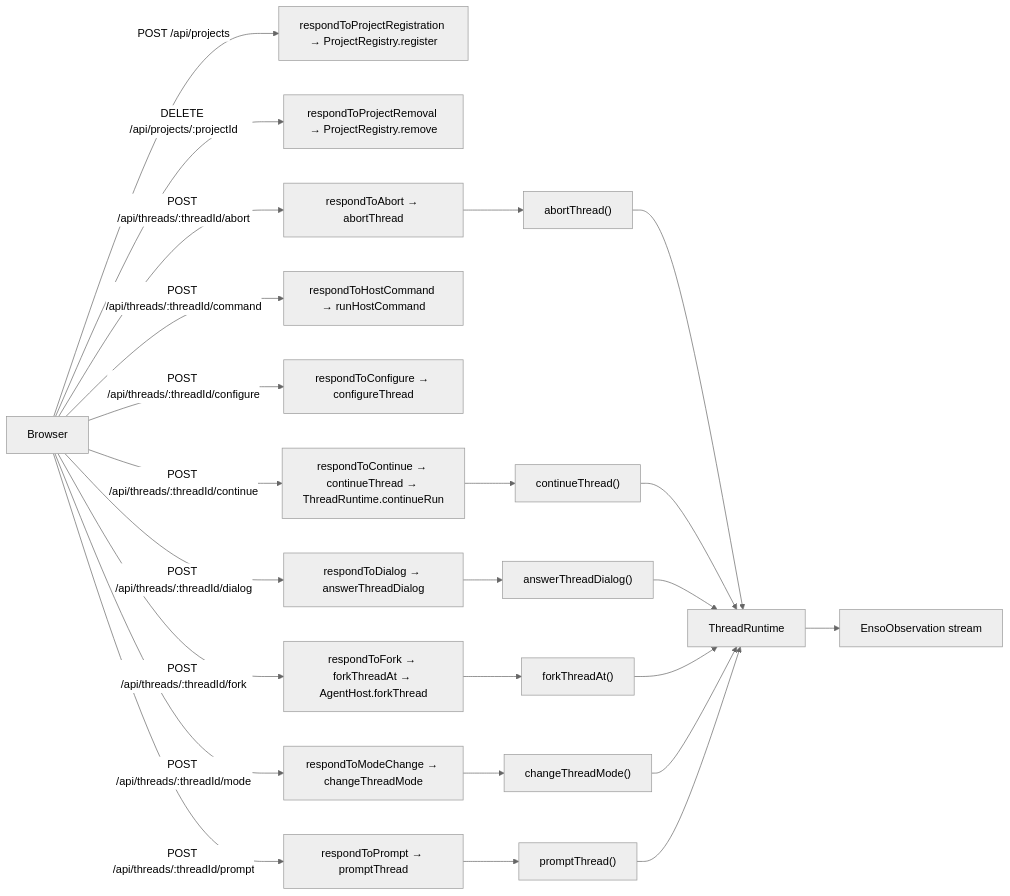
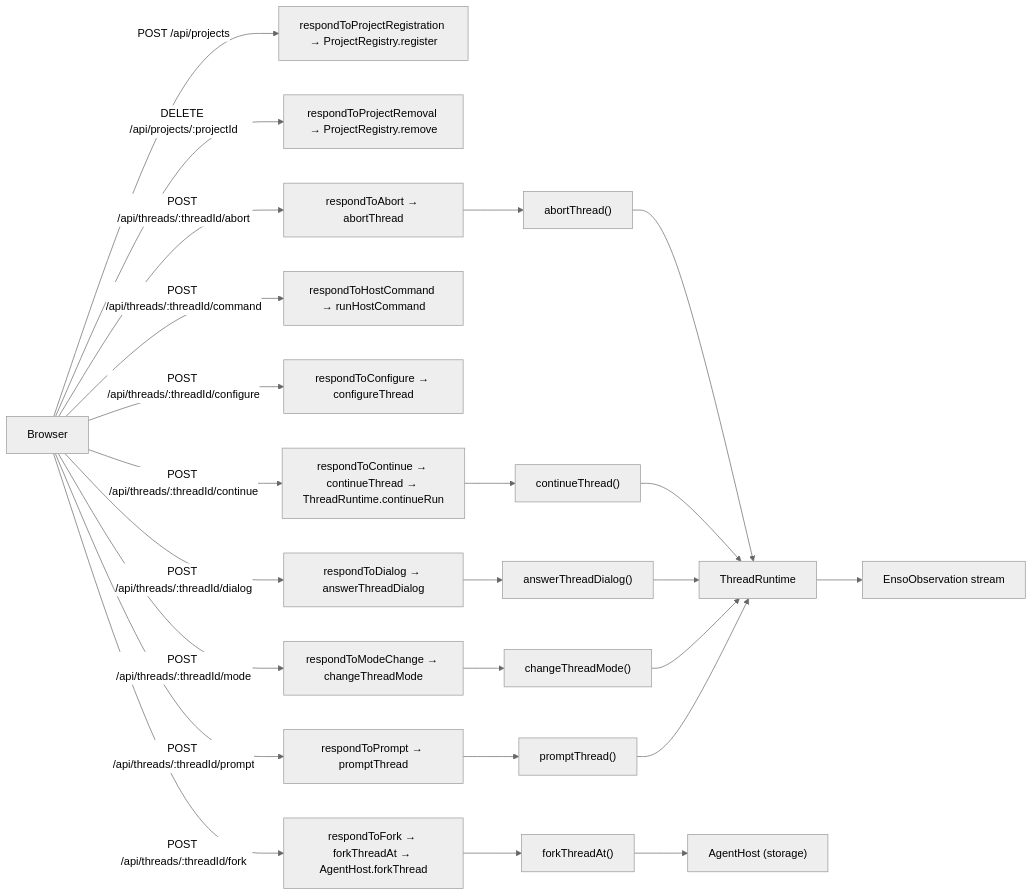
Before and after one commit to dopamine911/enso-harness: the first of 2 diagrams in docs/reference/flows.md, drawn with Mermaid (neutral theme). The commit also changed other lines of this file and 31 other files, not shown here.

Commit message:
fix: a busy thread is refused at acquire, not handed a second lease; recorded model follows pi's restore rule; one fork in flight; Continue keeps its action on non-final outcomes; a Stop is not the aborted-result shape (#438 review)

````diff
--- a/docs/reference/flows.md
+++ b/docs/reference/flows.md
@@ -10,27 +10,28 @@
 ```mermaid
 flowchart LR
   Browser["Browser"]
   Browser -->|POST /api/projects| R_POST_api_projects["respondToProjectRegistration → ProjectRegistry.register"]
   Browser -->|DELETE /api/projects/:projectId| R_DELETE_api_projects_projectId["respondToProjectRemoval → ProjectRegistry.remove"]
   Browser -->|POST /api/threads/:threadId/abort| R_POST_api_threads_threadId_abort["respondToAbort → abortThread"]
   R_POST_api_threads_threadId_abort --> H_respondToAbort_abortThread["abortThread()"]
   H_respondToAbort_abortThread --> Runtime
   Browser -->|POST /api/threads/:threadId/command| R_POST_api_threads_threadId_command["respondToHostCommand → runHostCommand"]
   Browser -->|POST /api/threads/:threadId/configure| R_POST_api_threads_threadId_configure["respondToConfigure → configureThread"]
   Browser -->|POST /api/threads/:threadId/continue| R_POST_api_threads_threadId_continue["respondToContinue → continueThread → ThreadRuntime.continueRun"]
   R_POST_api_threads_threadId_continue --> H_respondToContinue_continueThread_ThreadRuntime_continueRun["continueThread()"]
   H_respondToContinue_continueThread_ThreadRuntime_continueRun --> Runtime
   Browser -->|POST /api/threads/:threadId/dialog| R_POST_api_threads_threadId_dialog["respondToDialog → answerThreadDialog"]
   R_POST_api_threads_threadId_dialog --> H_respondToDialog_answerThreadDialog["answerThreadDialog()"]
   H_respondToDialog_answerThreadDialog --> Runtime
   Browser -->|POST /api/threads/:threadId/fork| R_POST_api_threads_threadId_fork["respondToFork → forkThreadAt → AgentHost.forkThread"]
   R_POST_api_threads_threadId_fork --> H_respondToFork_forkThreadAt_AgentHost_forkThread["forkThreadAt()"]
-  H_respondToFork_forkThreadAt_AgentHost_forkThread --> Runtime
+  H_respondToFork_forkThreadAt_AgentHost_forkThread --> Storage
   Browser -->|POST /api/threads/:threadId/mode| R_POST_api_threads_threadId_mode["respondToModeChange → changeThreadMode"]
   R_POST_api_threads_threadId_mode --> H_respondToModeChange_changeThreadMode["changeThreadMode()"]
   H_respondToModeChange_changeThreadMode --> Runtime
   Browser -->|POST /api/threads/:threadId/prompt| R_POST_api_threads_threadId_prompt["respondToPrompt → promptThread"]
   R_POST_api_threads_threadId_prompt --> H_respondToPrompt_promptThread["promptThread()"]
   H_respondToPrompt_promptThread --> Runtime
+  Storage["AgentHost (storage)"]
   Runtime["ThreadRuntime"] --> Observations["EnsoObservation stream"]
 ```
````
